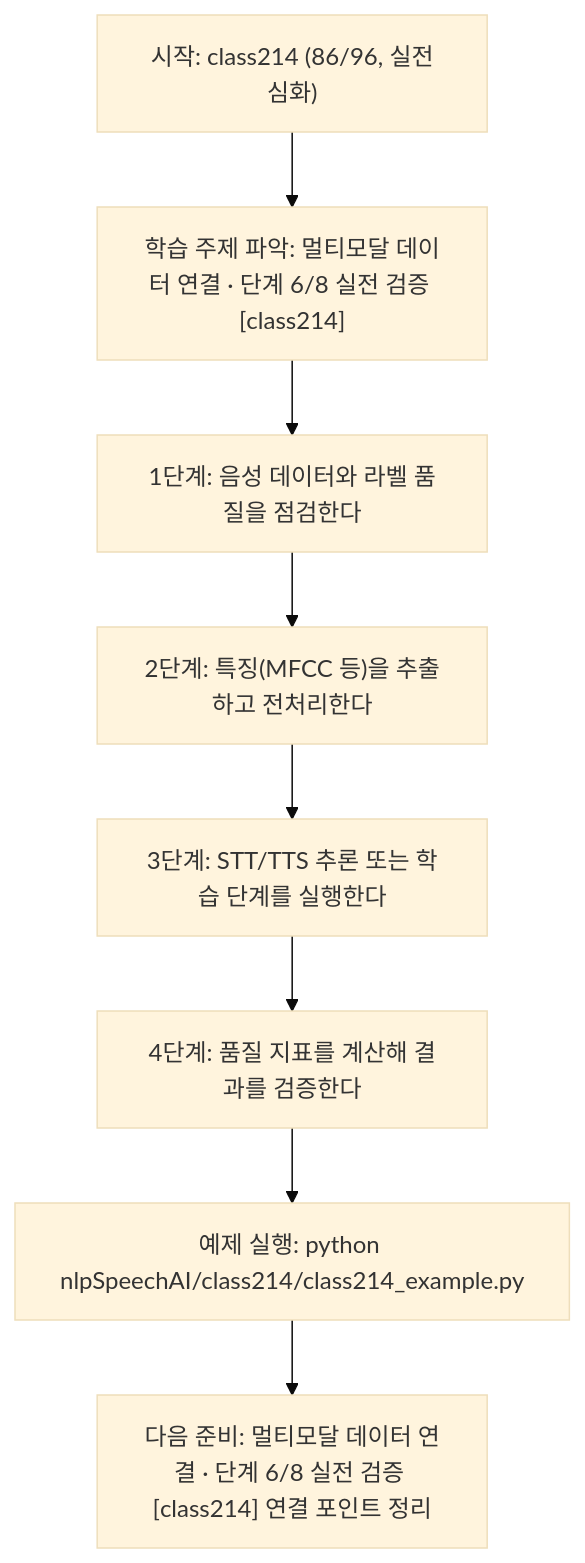
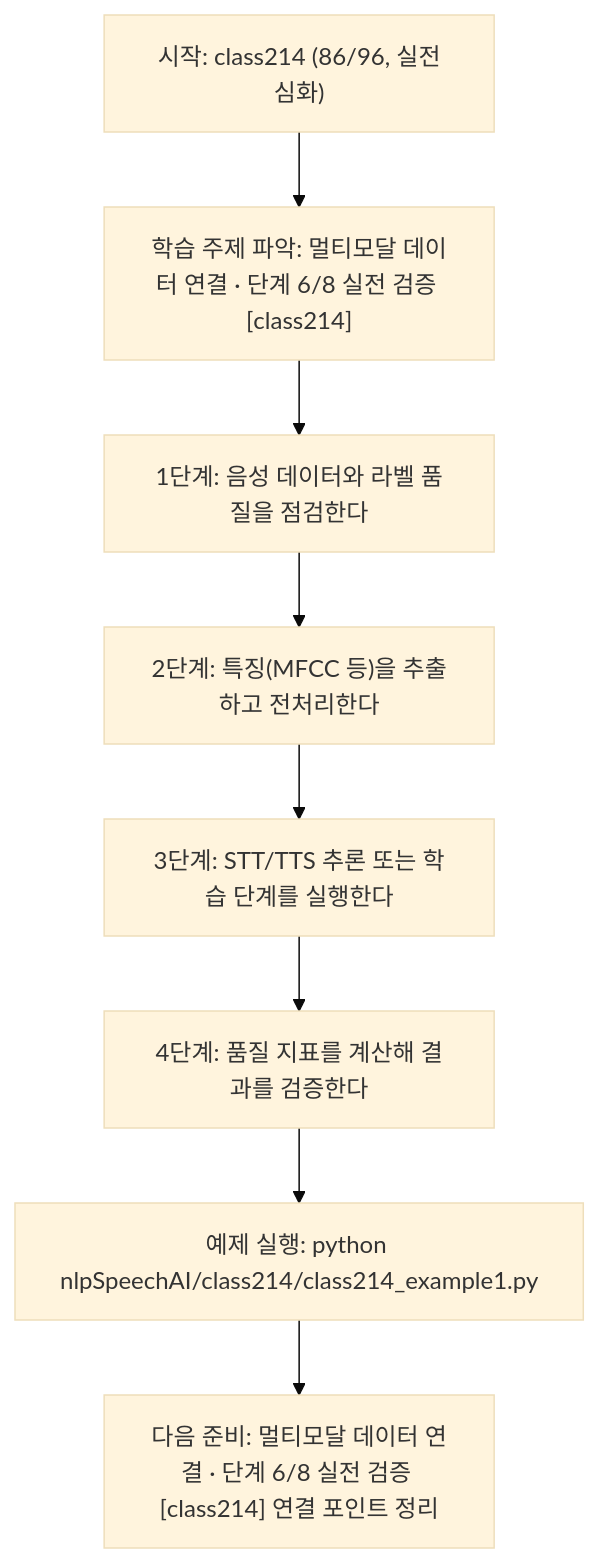
One commit to edumgt/Python-AI_Agent-Class changed the diagram in nlpSpeechAI/class214/class214.md. Above: the diagram before and after it, drawn with Mermaid (base theme). The commit also changed other lines of this file and 2959 other files, not shown here.

````diff
--- a/nlpSpeechAI/class214/class214.md
+++ b/nlpSpeechAI/class214/class214.md
@@ -114,18 +114,18 @@
 ```mermaid
 flowchart TD
 N1["시작: class214 (86/96, 실전심화)"]
 N2["학습 주제 파악: 멀티모달 데이터 연결 · 단계 6/8 실전 검증 [class214]"]
 N3["1단계: 음성 데이터와 라벨 품질을 점검한다"]
 N4["2단계: 특징(MFCC 등)을 추출하고 전처리한다"]
 N5["3단계: STT/TTS 추론 또는 학습 단계를 실행한다"]
 N6["4단계: 품질 지표를 계산해 결과를 검증한다"]
-N7["예제 실행: python nlpSpeechAI/class214/class214_example.py"]
+N7["예제 실행: python nlpSpeechAI/class214/class214_example1.py"]
 N8["다음 준비: 멀티모달 데이터 연결 · 단계 6/8 실전 검증 [class214] 연결 포인트 정리"]
 N1 --> N2
 N2 --> N3
 N3 --> N4
 N4 --> N5
 N5 --> N6
 N6 --> N7
 N7 --> N8
 ```
````
